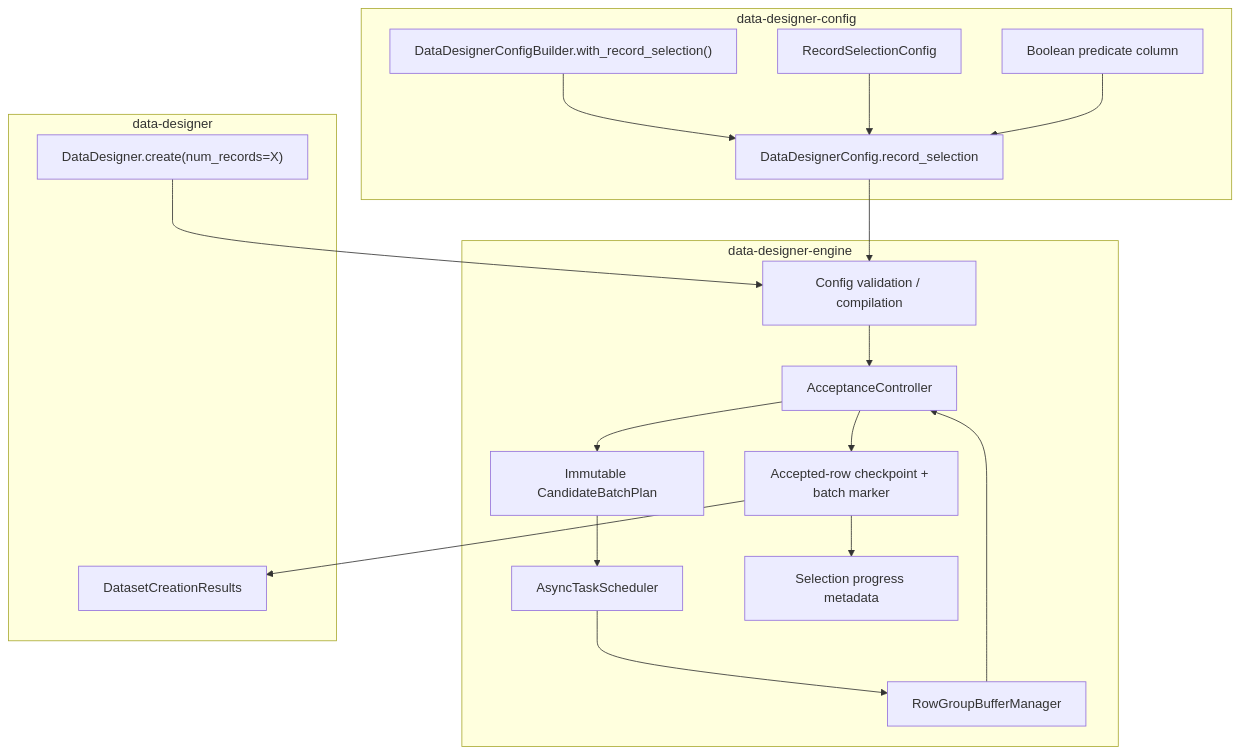
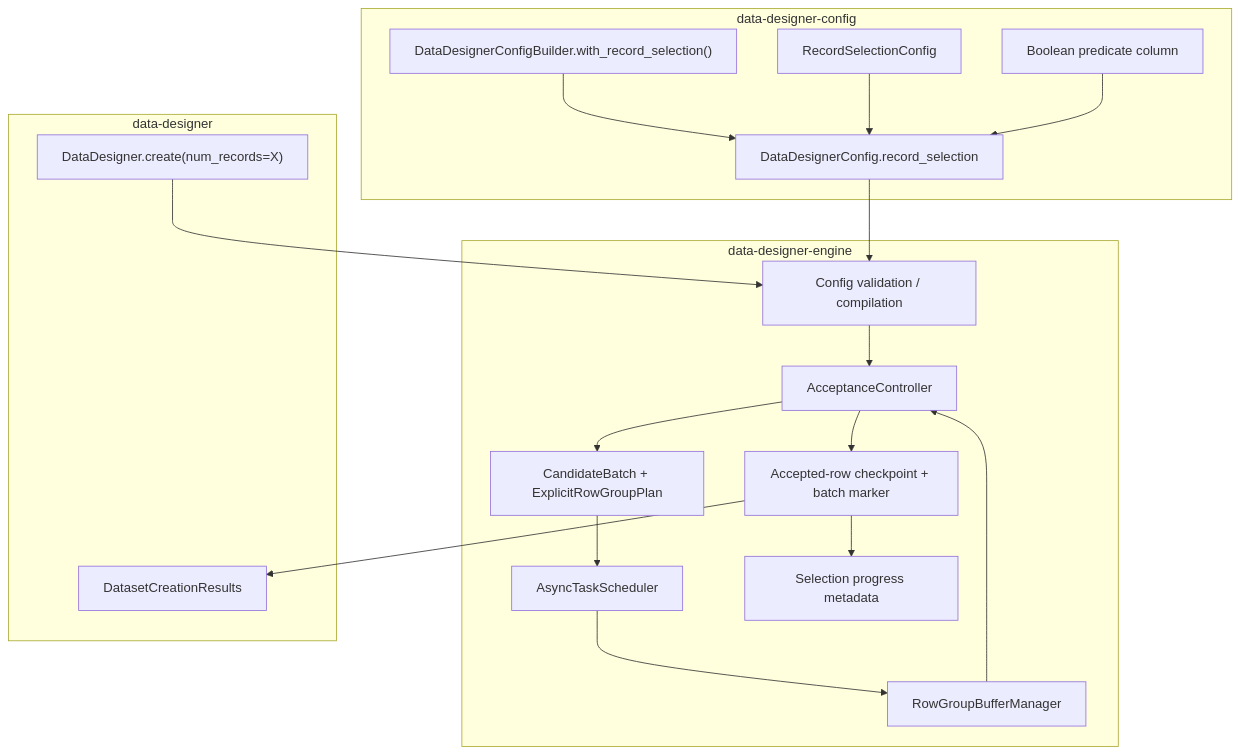
One commit to NVIDIA-NeMo/DataDesigner changed the first of 6 diagrams in plans/790/engine-native-record-selection.md. Above: the diagram before and after it, drawn with Mermaid. The commit also changed other lines of this file, not shown here.

````diff
--- a/plans/790/engine-native-record-selection.md
+++ b/plans/790/engine-native-record-selection.md
@@ -223,38 +245,38 @@
 ```mermaid
 flowchart TD
     subgraph config_pkg ["data-designer-config"]
         selection_config["RecordSelectionConfig"]
         data_config["DataDesignerConfig.record_selection"]
         builder_api["DataDesignerConfigBuilder.with_record_selection()"]
         predicate_col["Boolean predicate column"]
     end
 
     subgraph engine_pkg ["data-designer-engine"]
         compiler["Config validation / compilation"]
         controller["AcceptanceController"]
-        candidate_plan["Immutable CandidateBatchPlan"]
+        candidate_plan["CandidateBatch + ExplicitRowGroupPlan"]
         scheduler["AsyncTaskScheduler"]
         buffer["RowGroupBufferManager"]
         checkpoint["Accepted-row checkpoint + batch marker"]
         metadata["Selection progress metadata"]
     end
 
     subgraph interface_pkg ["data-designer"]
         create_api["DataDesigner.create(num_records=X)"]
         results["DatasetCreationResults"]
     end
 
     builder_api --> data_config
     selection_config --> data_config
     predicate_col --> data_config
     create_api --> compiler
     data_config --> compiler
     compiler --> controller
     controller --> candidate_plan
     candidate_plan --> scheduler
     scheduler --> buffer
     buffer --> controller
     controller --> checkpoint
     checkpoint --> metadata
     checkpoint --> results
 ```
````
